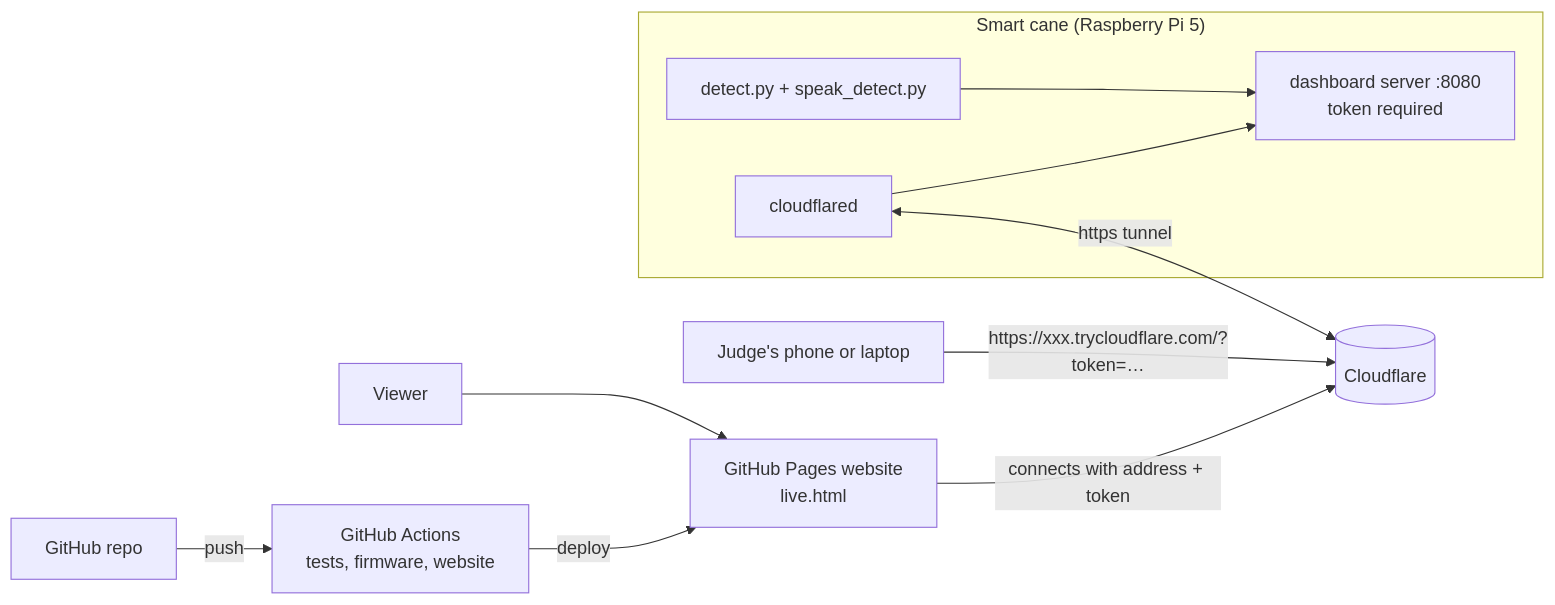
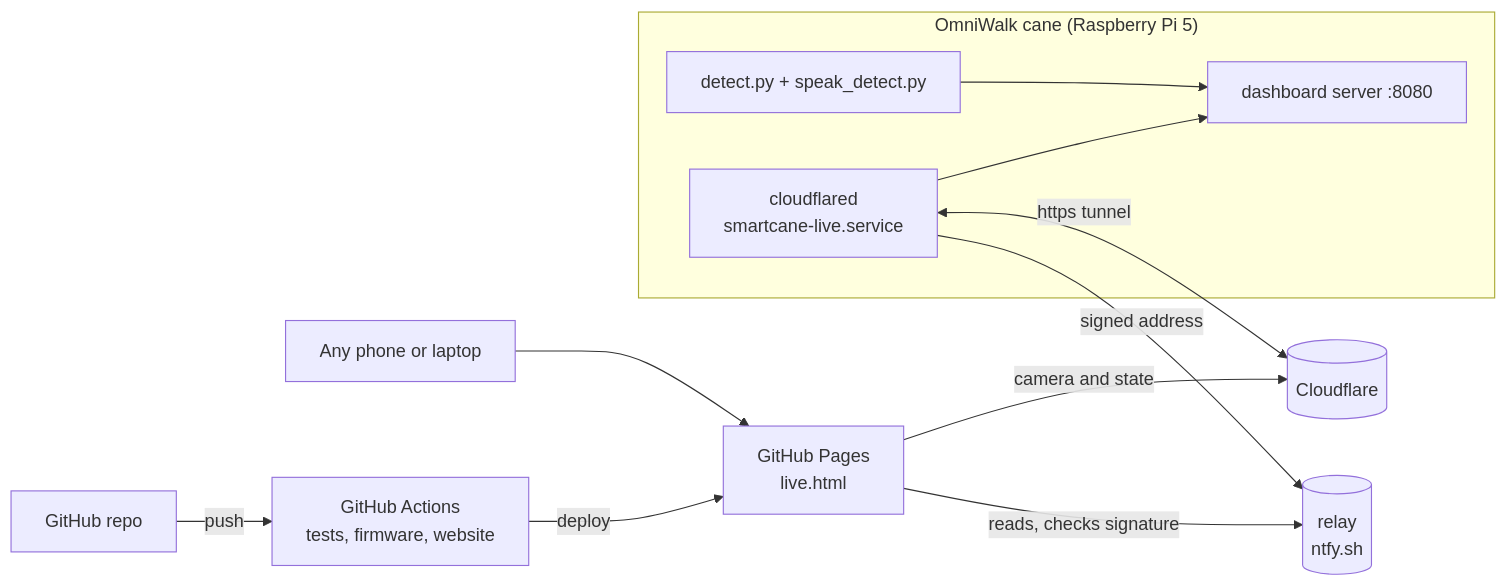
Before and after one commit to adeliusa486/KSCDR-Hackathon-SmartCane2.0: the diagram in docs/deployment.md, drawn with Mermaid. The commit also changed other lines of this file and 121 other files, not shown here.

First line of the commit message:
OmniWalk: live video on switch-on, full frame rate, street examples

````diff
--- a/docs/deployment.md
+++ b/docs/deployment.md
@@ -5,13 +5,14 @@
 ```mermaid
 flowchart LR
-  subgraph Cane["Smart cane (Raspberry Pi 5)"]
-    D[detect.py + speak_detect.py] --> S["dashboard server :8080<br/>token required"]
-    T[cloudflared] --> S
+  subgraph Cane["OmniWalk cane (Raspberry Pi 5)"]
+    D[detect.py + speak_detect.py] --> S["dashboard server :8080"]
+    T["cloudflared<br/>smartcane-live.service"] --> S
   end
   T <-->|"https tunnel"| CF[(Cloudflare)]
-  J1[Judge's phone or laptop] -->|"https://xxx.trycloudflare.com/?token=…"| CF
-  GH["GitHub Pages website<br/>live.html"] -->|"connects with address + token"| CF
-  J2[Viewer] --> GH
+  T -->|"signed address"| R[("relay<br/>ntfy.sh")]
+  GH["GitHub Pages<br/>live.html"] -->|"reads, checks signature"| R
+  GH -->|"camera and state"| CF
+  V[Any phone or laptop] --> GH
   REPO[GitHub repo] -->|"push"| CI["GitHub Actions<br/>tests, firmware, website"]
   CI -->|"deploy"| GH
 ```
````
